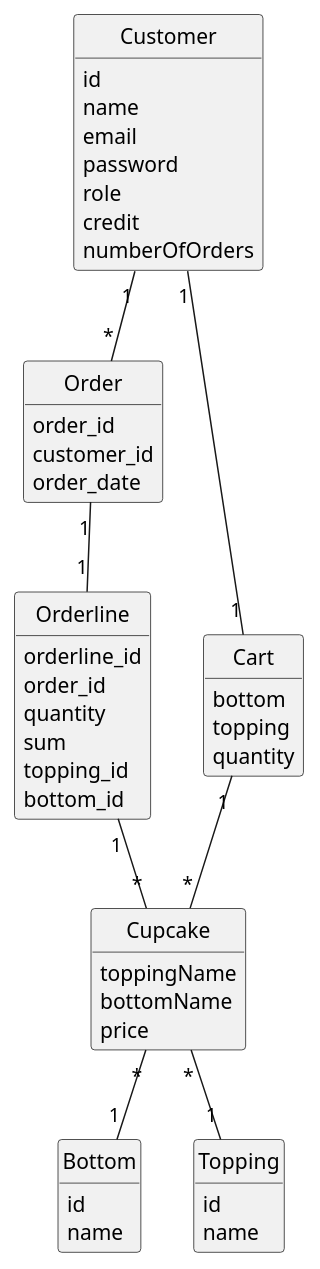
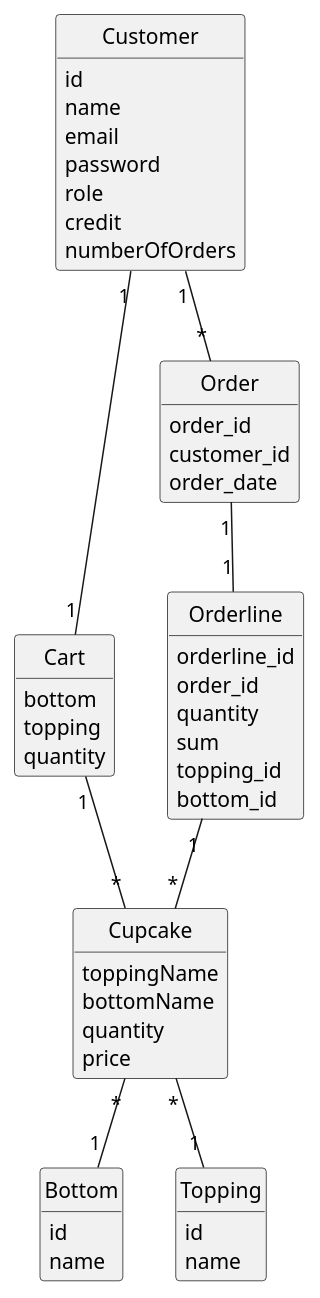
One commit to benskov95/Cupcake_Webshop changed the diagram in src/main/PlantUML Diagrams/Domæne Diagram/Domæne diagram kunde.puml. Above: the diagram before and after it, drawn with PlantUML. The commit also changed 2 other files, not shown here.

Commit message:
småting er lige blevet ændret

```diff
--- a/src/main/PlantUML Diagrams/Domæne Diagram/Domæne diagram kunde.puml
+++ b/src/main/PlantUML Diagrams/Domæne Diagram/Domæne diagram kunde.puml
@@ -1,71 +1,72 @@
 @startuml
 
 class Customer {
     id
     name
     email
     password
     role
     credit
     numberOfOrders
 }
 
 Customer "1" -- "*" Order
 Customer "1" -- "1" Cart
 
 class Order {
     order_id
     customer_id
     order_date
 }
 
 class Orderline {
     orderline_id
     order_id
     quantity
     sum
     topping_id
     bottom_id
 }
 
 Order "1" -- "1" Orderline
 Orderline "1" -- "*" Cupcake
 
 class Cart {
     bottom
     topping
     quantity
 }
 
-Cart "1" -- "*" Cupcake
+Cart "1" -right- "*" Cupcake
 
 class Cupcake {
     toppingName
     bottomName
+    quantity
     price
 
 }
 
 Cupcake "*" -- "1" Bottom
 Cupcake "*" -- "1" Topping
 
 
 class Bottom {
     id
     name
 }
 
 class Topping {
     id
     name
 
 
 }
 
 
 
 hide members
 hide circle
 show fields
 
 @enduml
```
